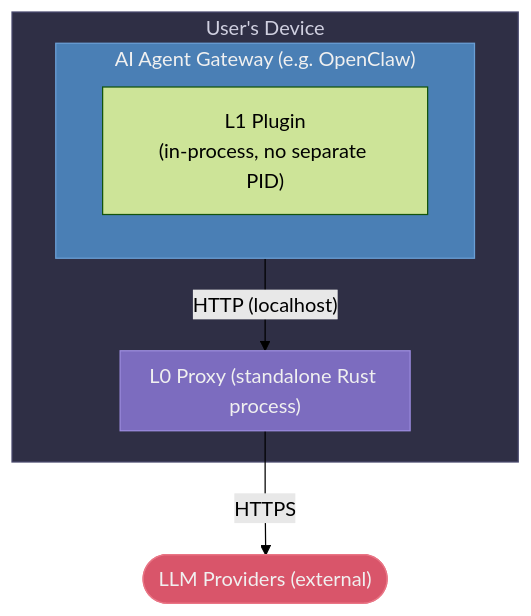
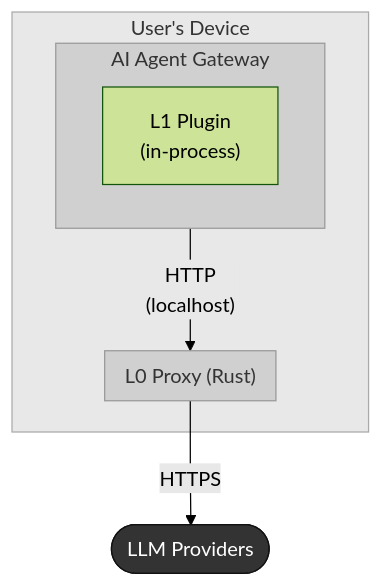
Before and after one commit to OpenObscure/OpenObscure: the first of 14 diagrams in ARCHITECTURE.md, drawn with Mermaid (forest theme). The commit also changed other lines of this file and 4 other files, not shown here.

First line of the commit message:
Convert all mermaid diagrams to grayscale and fix text/box overlaps

````diff
--- a/ARCHITECTURE.md
+++ b/ARCHITECTURE.md
@@ -19,17 +19,17 @@
 ```mermaid
 flowchart TB
     subgraph device ["User's Device"]
-        subgraph gateway ["AI Agent Gateway (e.g. OpenClaw)"]
-            L1["L1 Plugin<br>(in-process, no separate PID)"]
+        subgraph gateway ["AI Agent Gateway"]
+            L1["L1 Plugin\n(in-process)"]
         end
-        subgraph l0proc ["L0 Proxy (standalone Rust process)"]
+        subgraph l0proc ["L0 Proxy (Rust)"]
         end
-        gateway -- "HTTP (localhost)" --> l0proc
+        gateway -- "HTTP\n(localhost)" --> l0proc
     end
-    l0proc -- "HTTPS" --> llm(["LLM Providers (external)"])
+    l0proc -- "HTTPS" --> llm(["LLM Providers"])
 
-    style device fill:#2f2f45,stroke:#4a4a6e,color:#d0d0e0
-    style gateway fill:#4a7fb5,stroke:#6a9fd5,color:#f0f0f0
-    style l0proc fill:#7c6cbf,stroke:#9c8cdf,color:#f0f0f0
-    style llm fill:#d9556a,stroke:#e97585,color:#f0f0f0
+    style device fill:#e8e8e8,stroke:#aaa,color:#333
+    style gateway fill:#d0d0d0,stroke:#999,color:#333
+    style l0proc fill:#d0d0d0,stroke:#999,color:#333
+    style llm fill:#333,stroke:#111,color:#fff
 ```
````
